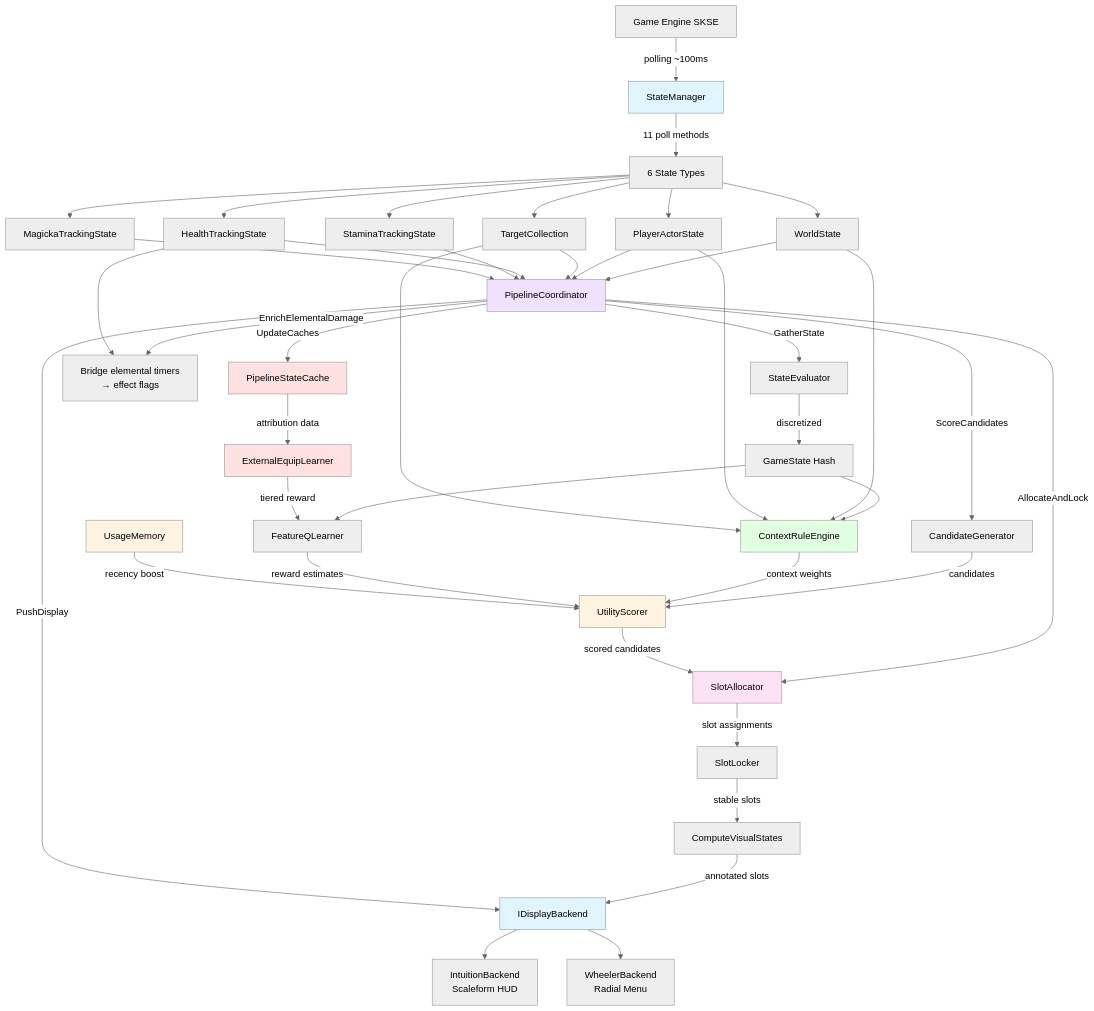
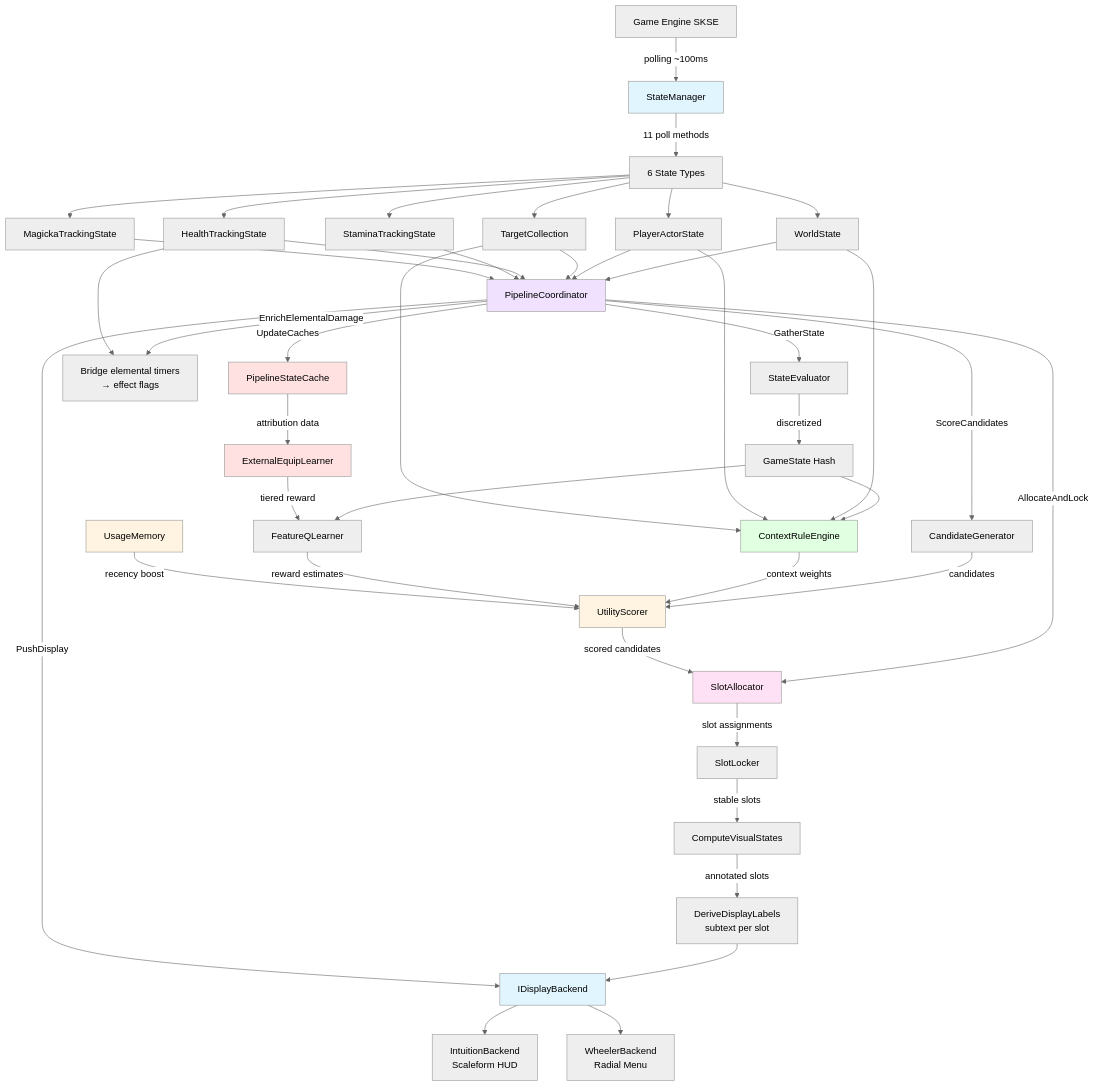
One commit to LandingCrew/huginn changed the first of 10 diagrams in docs/architecture/0-pipeline.md. Above: the diagram before and after it, drawn with Mermaid (neutral theme). The commit also changed other lines of this file and 27 other files, not shown here.

````diff
--- a/docs/architecture/0-pipeline.md
+++ b/docs/architecture/0-pipeline.md
@@ -42,63 +55,64 @@
 ```mermaid
 graph TB
     Game[Game Engine SKSE] -->|polling ~100ms| SM[StateManager]
     SM -->|11 poll methods| States[6 State Types]
 
     States --> WS[WorldState]
     States --> PAS[PlayerActorState]
     States --> TC[TargetCollection]
     States --> HTS[HealthTrackingState]
     States --> STS[StaminaTrackingState]
     States --> MTS[MagickaTrackingState]
 
     WS --> PC[PipelineCoordinator]
     PAS --> PC
     TC --> PC
     HTS --> PC
     STS --> PC
     MTS --> PC
 
     PC -->|GatherState| SE[StateEvaluator]
     SE -->|discretized| GS[GameState Hash]
 
     PC -->|EnrichElementalDamage| Enrich[Bridge elemental timers<br/>→ effect flags]
     HTS --> Enrich
 
     PC -->|ScoreCandidates| CG[CandidateGenerator]
     CG -->|candidates| US[UtilityScorer]
 
     GS --> CRE[ContextRuleEngine]
     WS --> CRE
     PAS --> CRE
     TC --> CRE
     CRE -->|context weights| US
 
     GS --> QL[FeatureQLearner]
     QL -->|reward estimates| US
 
     UM[UsageMemory] -->|recency boost| US
 
     PC -->|AllocateAndLock| SA[SlotAllocator]
     US -->|scored candidates| SA
     SA -->|slot assignments| SL[SlotLocker]
     SL -->|stable slots| VS[ComputeVisualStates]
-    VS -->|annotated slots| Display
+    VS -->|annotated slots| DL[DeriveDisplayLabels<br/>subtext per slot]
+    DL --> Display
 
     PC -->|UpdateCaches| PSC[PipelineStateCache]
     PSC -->|attribution data| EEL[ExternalEquipLearner]
     EEL -->|tiered reward| QL
 
     PC -->|PushDisplay| Display[IDisplayBackend]
     Display --> IB[IntuitionBackend<br/>Scaleform HUD]
     Display --> WB[WheelerBackend<br/>Radial Menu]
 
     style SM fill:#e1f5ff
     style PC fill:#f0e1ff
     style US fill:#fff4e1
     style CRE fill:#e1ffe1
     style SA fill:#ffe1f5
     style PSC fill:#ffe1e1
     style EEL fill:#ffe1e1
     style UM fill:#fff4e1
     style Display fill:#e1f5ff
 ```
````
